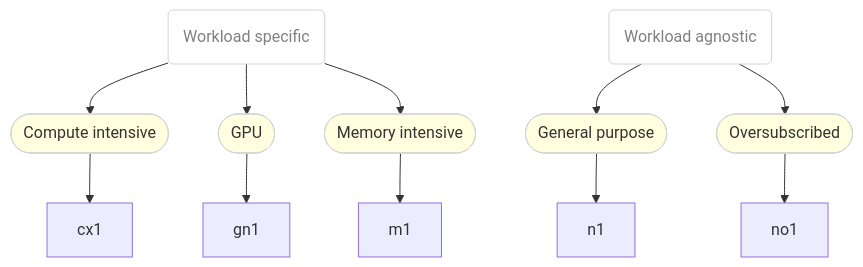
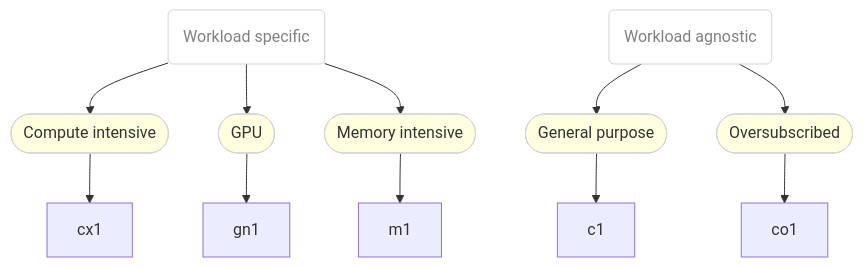
Before and after one commit to fabiand/instanceTypes: the diagram in README.md, drawn with Mermaid. The commit also changed other lines of this file and 18 other files, not shown here.

````diff
--- a/README.md
+++ b/README.md
@@ -30,28 +30,28 @@
 ```mermaid
 graph TD
 
 classDef grp fill:white,stroke:lightgray,color:gray
 classDef series fill:lightyellow,stroke:lightgray
 classDef instancetype fill:
 
 wrkld(Workload specific)
 nwrkld(Workload agnostic)
 class wrkld grp
 
+nwrkld:::grp --> Generalpurpose:::series
+Generalpurpose([General purpose]):::series --> c1:::instancetype
+
+nwrkld:::grp --> Oversubscribed:::series
+Oversubscribed([Oversubscribed]):::series --> co1:::instancetype
+
 wrkld:::grp --> Computeintensive:::series
 Computeintensive([Compute intensive]):::series --> cx1:::instancetype
 
 wrkld:::grp --> GPU:::series
 GPU([GPU]):::series --> gn1:::instancetype
 
 wrkld:::grp --> Memoryintensive:::series
 Memoryintensive([Memory intensive]):::series --> m1:::instancetype
 
-nwrkld:::grp --> Generalpurpose:::series
-Generalpurpose([General purpose]):::series --> n1:::instancetype
-
-nwrkld:::grp --> Oversubscribed:::series
-Oversubscribed([Oversubscribed]):::series --> no1:::instancetype
-
 
 ```
````
